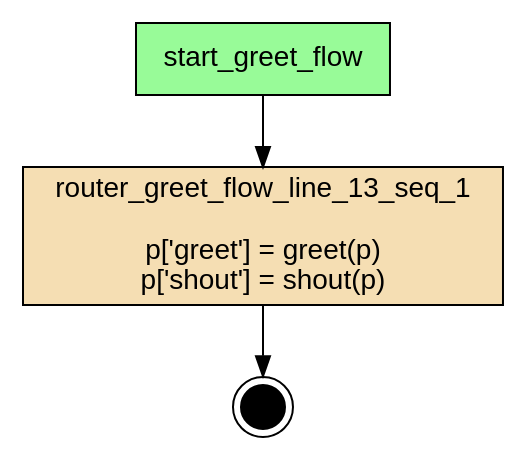
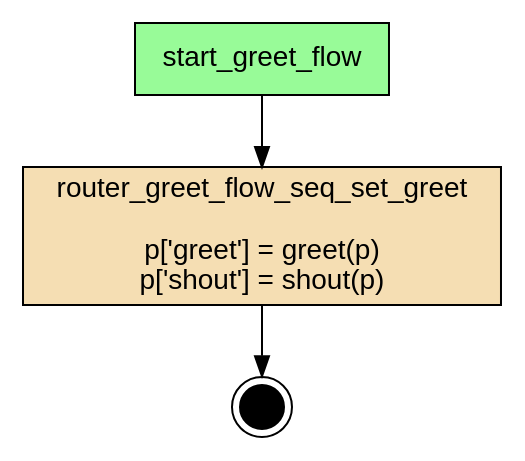
Before and after one commit to deliveryhero/asya: the diagram in examples/demo-skaffold/compiled/greet-flow/artifacts/flow.dot, drawn with Graphviz. The commit also changed 8 other files, not shown here.

```diff
--- a/examples/demo-skaffold/compiled/greet-flow/artifacts/flow.dot
+++ b/examples/demo-skaffold/compiled/greet-flow/artifacts/flow.dot
@@ -1,14 +1,14 @@
 digraph "greet_flow" {
     rankdir=TB;
     node [shape=box, style=filled, fontname="Helvetica"];
 
     { rank=source; start_greet_flow; }
 
-    router_greet_flow_line_13_seq_1 [label="router_greet_flow_line_13_seq_1\n\np['greet'] = greet(p)\np['shout'] = shout(p)", fillcolor=wheat];
+    router_greet_flow_seq_set_greet [label="router_greet_flow_seq_set_greet\n\np['greet'] = greet(p)\np['shout'] = shout(p)", fillcolor=wheat];
     start_greet_flow [label="start_greet_flow", fillcolor=palegreen];
 
     __end__ [label="", shape=doublecircle, fillcolor=black, width=0.3, fixedsize=true];
 
-    start_greet_flow -> router_greet_flow_line_13_seq_1;
-    router_greet_flow_line_13_seq_1 -> __end__;
+    start_greet_flow -> router_greet_flow_seq_set_greet;
+    router_greet_flow_seq_set_greet -> __end__;
 }
```
